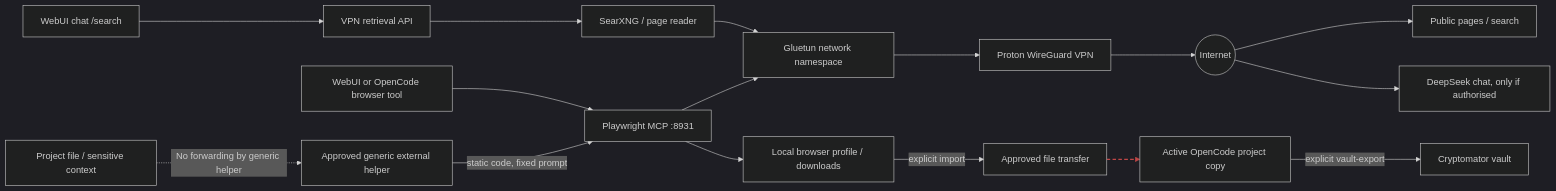
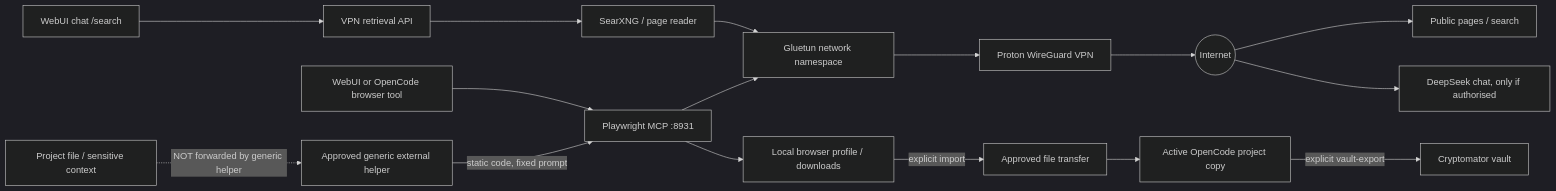
The third of 3 diagrams in docs/architecture/CONNECTED_SYSTEM_MAP.md (MisterDataScience/local-ai-environment-), drawn with Mermaid (dark theme) before and after one commit.

Commit message:
docs: correct privacy boundary Mermaid syntax

````diff
--- a/docs/architecture/CONNECTED_SYSTEM_MAP.md
+++ b/docs/architecture/CONNECTED_SYSTEM_MAP.md
@@ -176,19 +176,18 @@
 ```mermaid
 flowchart LR
    C["WebUI chat /search"] --> A["VPN retrieval API"]
    A --> S["SearXNG / page reader"]
    S --> G["Gluetun network namespace"]
    P["WebUI or OpenCode browser tool"] --> B["Playwright MCP :8931"]
    D["Approved generic external helper"] -->|"static code, fixed prompt"| B
    B --> G
    G --> W["Proton WireGuard VPN"]
    W --> I(("Internet"))
    I --> WEB["Public pages / search"]
    I --> DS["DeepSeek chat, only if authorised"]
    B --> DOWN["Local browser profile / downloads"]
    DOWN -->|"explicit import"| T["Approved file transfer"]
    T --> Q["Active OpenCode project copy"]
    Q -->|"explicit vault-export"| V["Cryptomator vault"]
-   X["Project file / sensitive context"] -. "No forwarding by generic helper" .-> D
-   linkStyle 12 stroke:#c04747,stroke-width:2px,stroke-dasharray:6 4;
+   X["Project file / sensitive context"] -.->|"NOT forwarded by generic helper"| D
 ```
````
